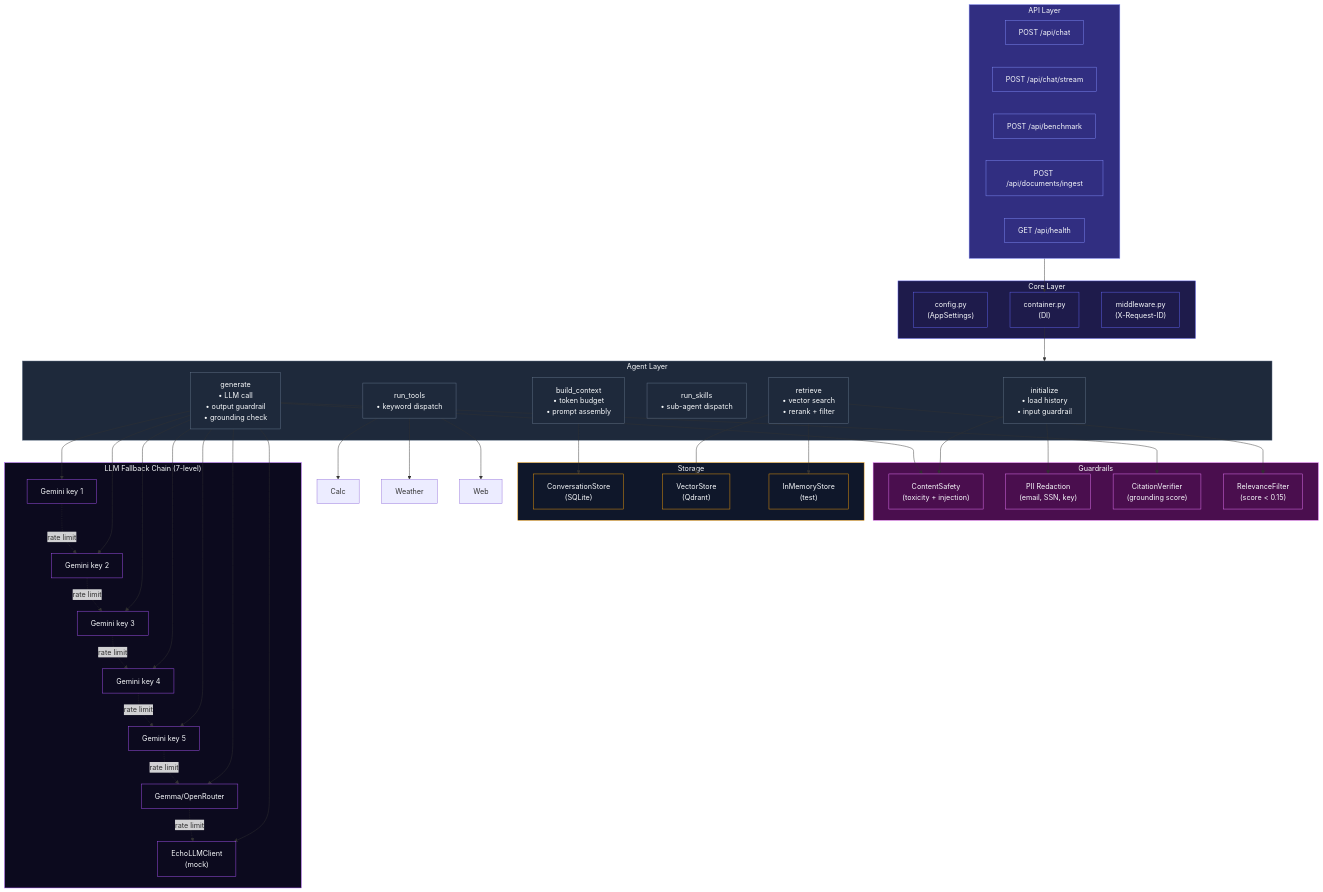
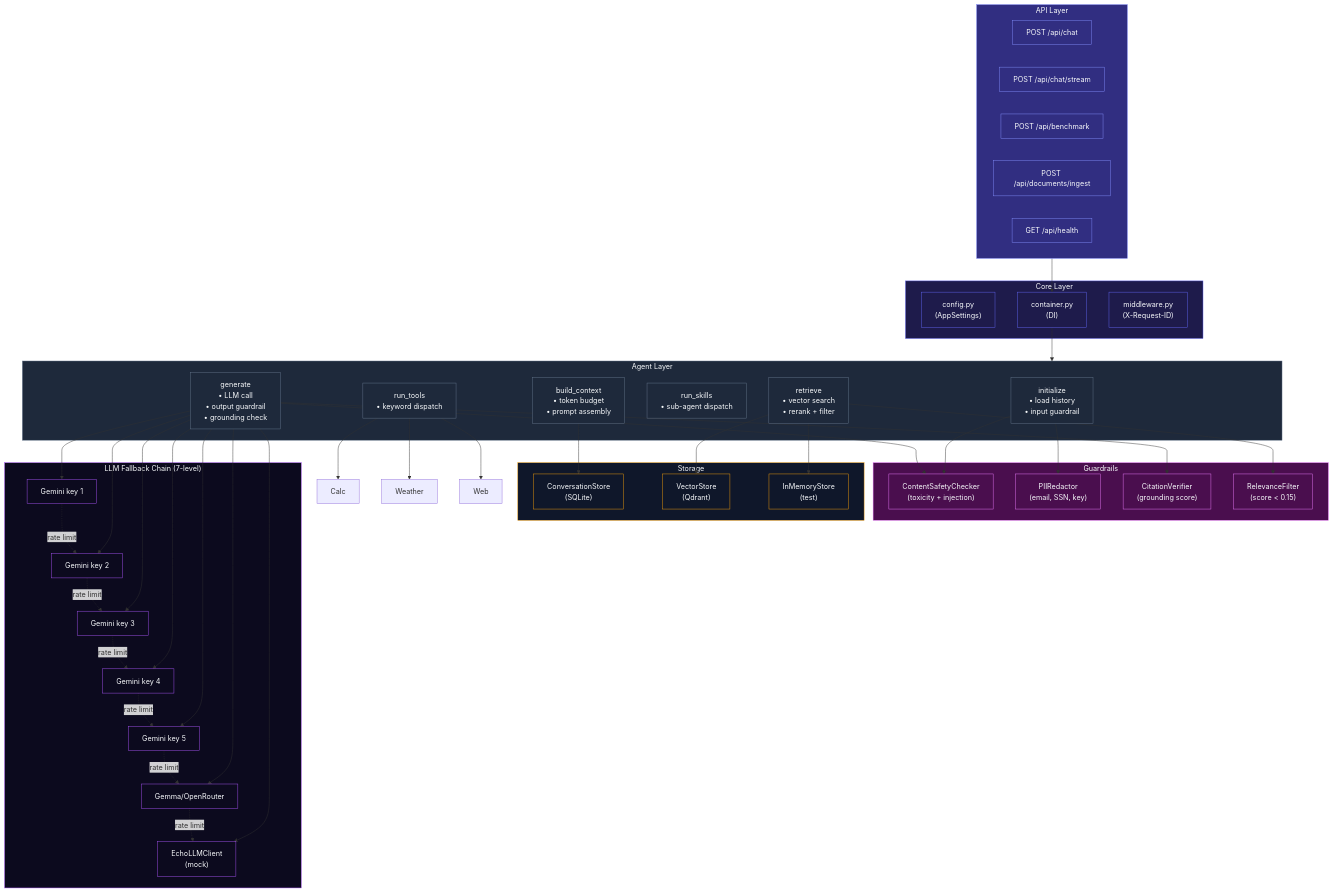
One commit to DIP-RO/Naive-RAG-and-StreamRAG-Benchmarking-Application changed the second of 3 diagrams in README.md. Above: the diagram before and after it, drawn with Mermaid. The commit also changed other lines of this file and 1 other file, not shown here.

```diff
--- a/README.md
+++ b/README.md
@@ -111,8 +111,8 @@
     end
 
     subgraph Guard["Guardrails"]
-        Safety["ContentSafety<br/>(toxicity + injection)"]
-        PII["PII Redaction<br/>(email, SSN, key)"]
+        Safety["ContentSafetyChecker<br/>(toxicity + injection)"]
+        PII["PIIRedactor<br/>(email, SSN, key)"]
         Cite["CitationVerifier<br/>(grounding score)"]
         Rel["RelevanceFilter<br/>(score < 0.15)"]
     end
```
